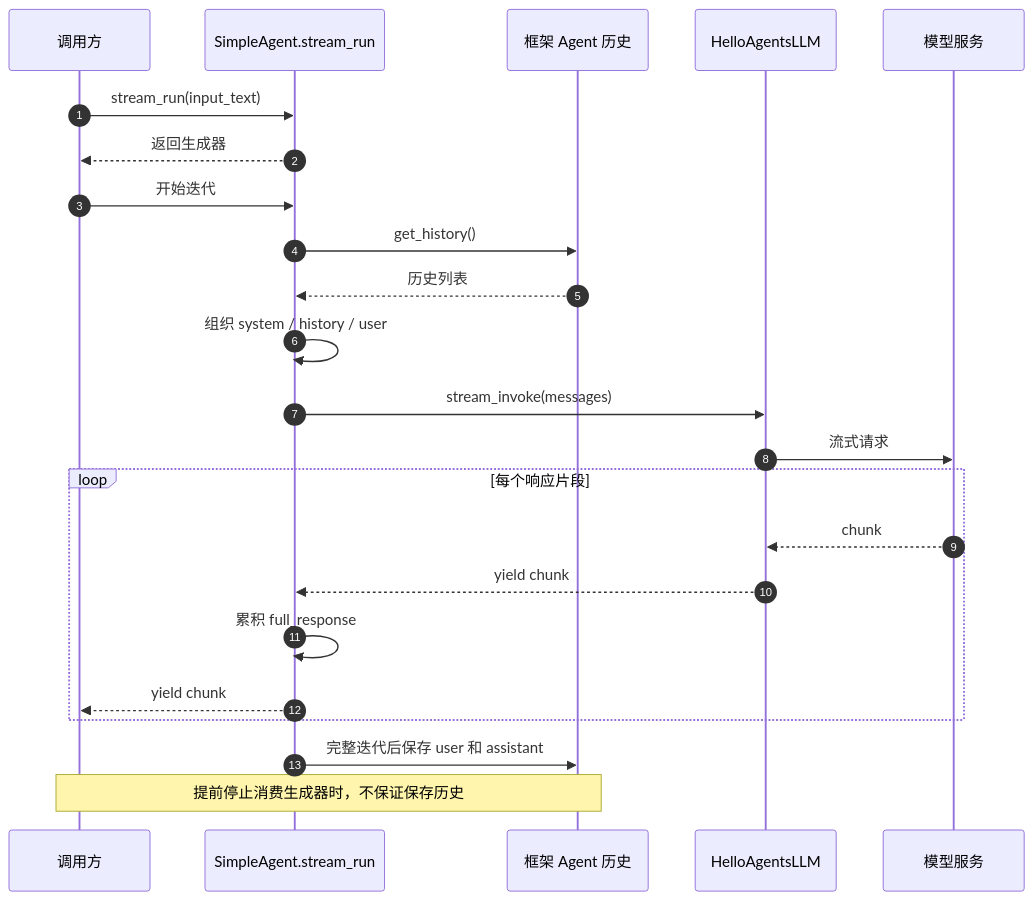
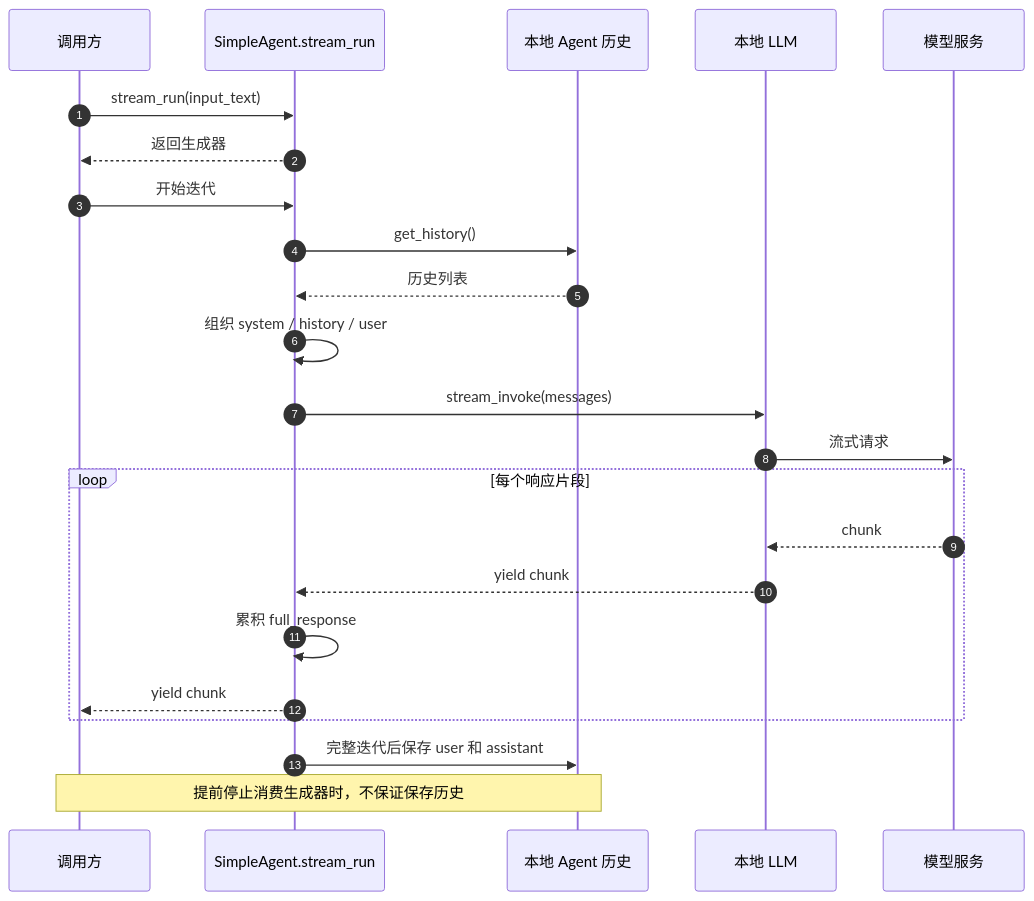
Before and after one commit to SWAlbert-0/agent-practice: the fifth of 11 diagrams in docs/flows/核心代码流程.md, drawn with Mermaid. The commit also changed other lines of this file and 40 other files, not shown here.

````diff
--- a/docs/flows/核心代码流程.md
+++ b/docs/flows/核心代码流程.md
@@ -114,25 +114,25 @@
 ```mermaid
 sequenceDiagram
     autonumber
     participant Caller as 调用方
     participant Agent as SimpleAgent.stream_run
-    participant History as 框架 Agent 历史
-    participant LLM as HelloAgentsLLM
+    participant History as 本地 Agent 历史
+    participant LLM as 本地 LLM
     participant API as 模型服务
     Caller->>Agent: stream_run(input_text)
     Agent-->>Caller: 返回生成器
     Caller->>Agent: 开始迭代
     Agent->>History: get_history()
     History-->>Agent: 历史列表
     Agent->>Agent: 组织 system / history / user
     Agent->>LLM: stream_invoke(messages)
     LLM->>API: 流式请求
     loop 每个响应片段
         API-->>LLM: chunk
         LLM-->>Agent: yield chunk
         Agent->>Agent: 累积 full_response
         Agent-->>Caller: yield chunk
     end
     Agent->>History: 完整迭代后保存 user 和 assistant
     Note over Caller,History: 提前停止消费生成器时，不保证保存历史
 ```
````
